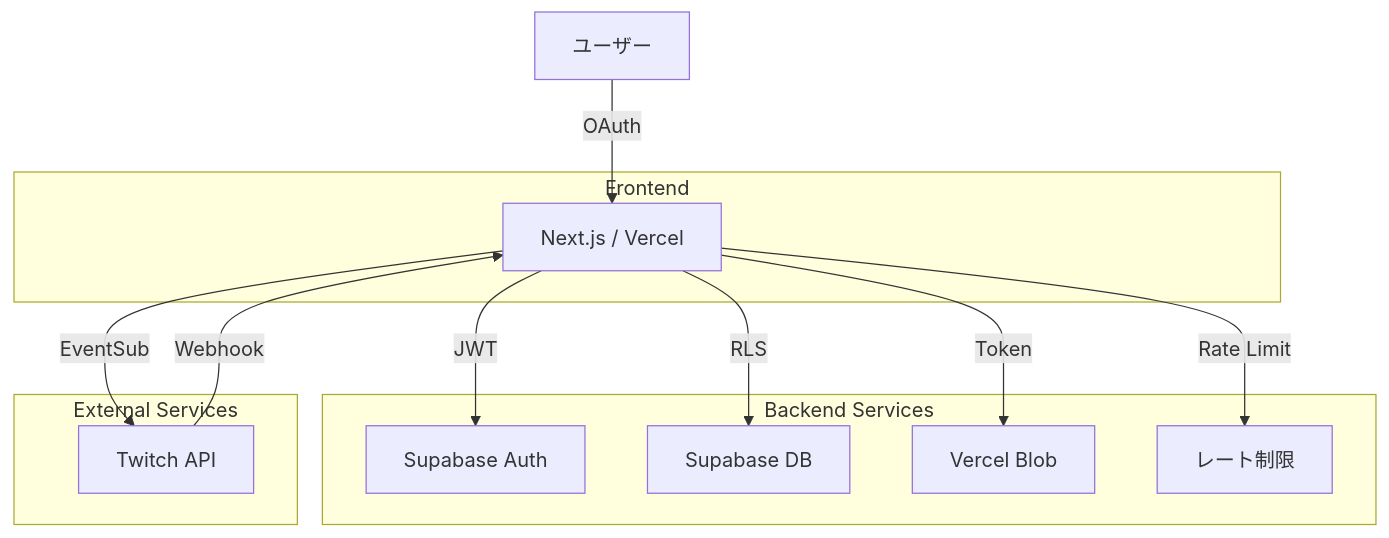
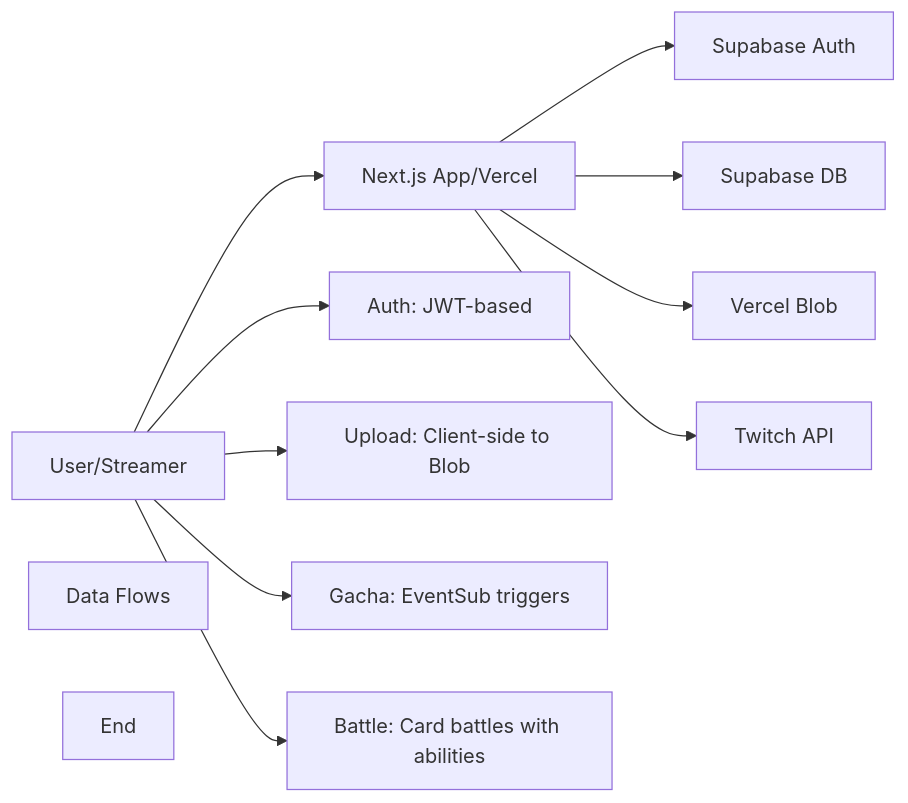
One commit to azumag/twica changed the diagram in docs/ARCHITECTURE.md. Above: the diagram before and after it, drawn with Mermaid. The commit also changed other lines of this file and 28 other files, not shown here.

Commit message:
QA passed: Card battle system implementation (Issue #15)

````diff
--- a/docs/ARCHITECTURE.md
+++ b/docs/ARCHITECTURE.md
@@ -133,25 +148,20 @@
 ```mermaid
-graph TD
-    User[ユーザー] -->|OAuth| NextJS[Next.js / Vercel]
-    NextJS -->|JWT| SupabaseAuth[Supabase Auth]
-    NextJS -->|RLS| SupabaseDB[Supabase DB]
-    NextJS -->|Token| VercelBlob[Vercel Blob]
-    NextJS -->|EventSub| Twitch[Twitch API]
-    Twitch -->|Webhook| NextJS
-    NextJS -->|Rate Limit| RateLimiter[レート制限]
-    
-    subgraph "Frontend"
-        NextJS
-    end
-    
-    subgraph "Backend Services"
-        SupabaseAuth
-        SupabaseDB
-        VercelBlob
-        RateLimiter
-    end
-    
-    subgraph "External Services"
-        Twitch
-    end
+graph LR
+    User[User/Streamer] --> NextJS[Next.js App/Vercel]
+    NextJS --> SupabaseAuth[Supabase Auth]
+    NextJS --> SupabaseDB[Supabase DB]
+    NextJS --> VercelBlob[Vercel Blob]
+    NextJS --> Twitch[Twitch API]
+
+    Subgraph[Data Flows]
+    AuthFlow[Auth: JWT-based]
+    UploadFlow[Upload: Client-side to Blob]
+    GachaFlow[Gacha: EventSub triggers]
+    BattleFlow[Battle: Card battles with abilities]
+    End
+
+    User --> AuthFlow
+    User --> UploadFlow
+    User --> GachaFlow
+    User --> BattleFlow
 ```
````
